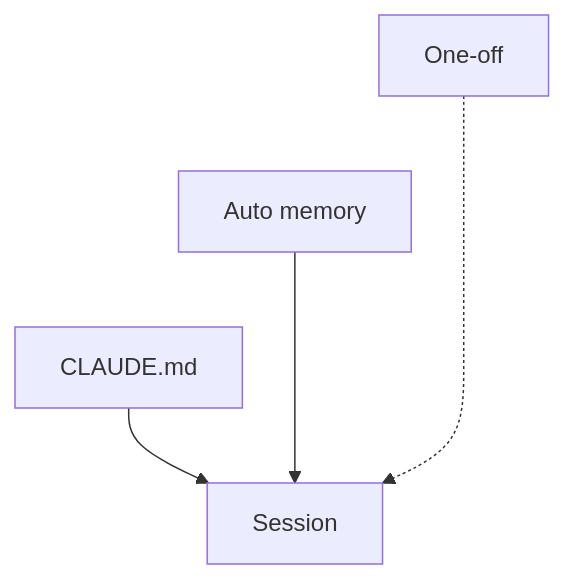
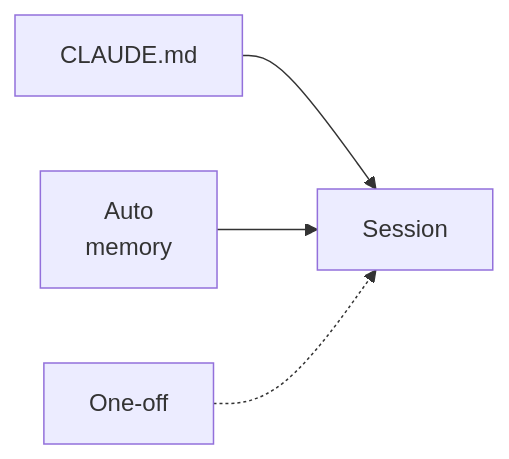
Before and after one commit to ninadpathak/ninadpathak: the diagram in content/diagrams/claude-code-memory/memory-sources.narrow.mmd, drawn with Mermaid. The commit also changed 203 other files, not shown here.

```diff
--- a/content/diagrams/claude-code-memory/memory-sources.narrow.mmd
+++ b/content/diagrams/claude-code-memory/memory-sources.narrow.mmd
@@ -1,17 +1,17 @@
 %% @width 288
 %% @kicker What Claude Code loads into a session
 %% @alt Three sources feed a Claude Code session's context. CLAUDE.md files, written and maintained by you, load at startup across managed, user, project, and local scopes. Auto memory, MEMORY.md plus topic files that Claude Code writes as it works, also loads at startup and is updated from the session. One-off context passed on the command line lasts only for that session.
 %% @path claude>session
 %% @glyph claude | doc corner=person
 %% @glyph auto | ledger rows=3
 %% @glyph cli | inbox
-%% @glyph session | context
-%% @spacing 12,20
-flowchart TB
+%% @glyph session | context inside=5 w=74
+%% @spacing 12,34
+flowchart LR
   claude["CLAUDE.md"]
-  auto["Auto memory"]
+  auto["Auto<br/>memory"]
   cli["One-off"]:::muted
   session["Session"]:::focal
   claude --> session
-  auto ---> session
-  cli -...-> session
+  auto --> session
+  cli -.-> session
```
